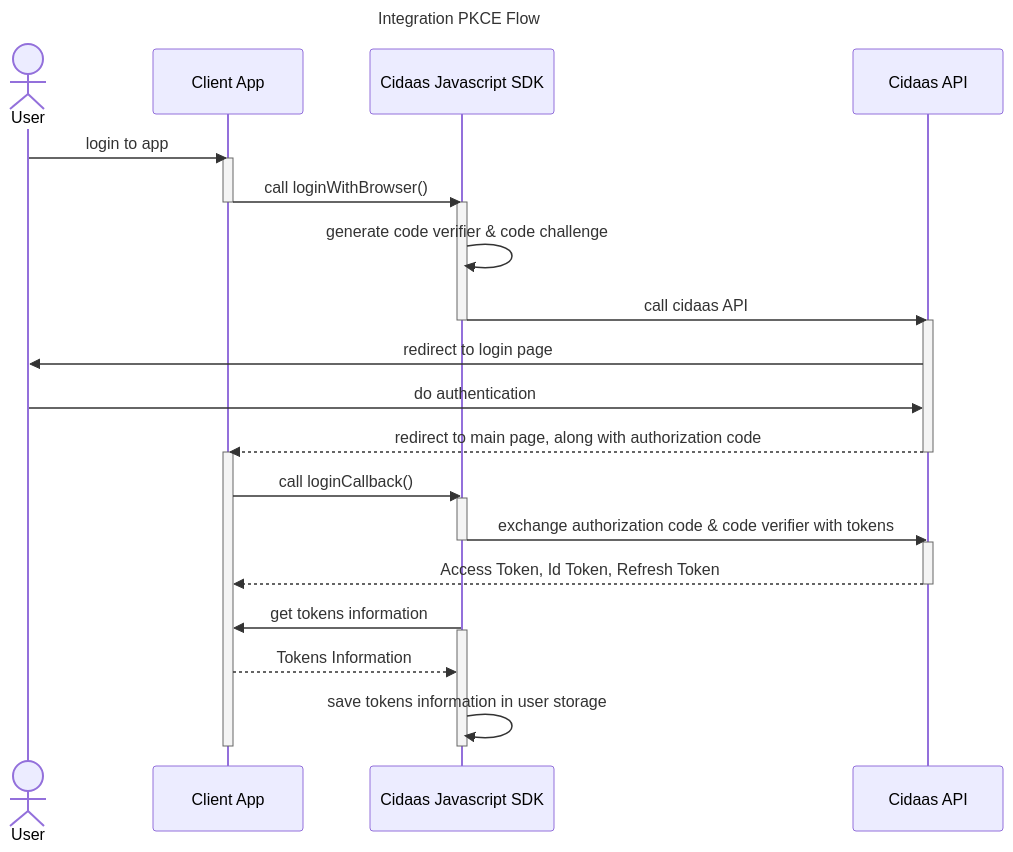
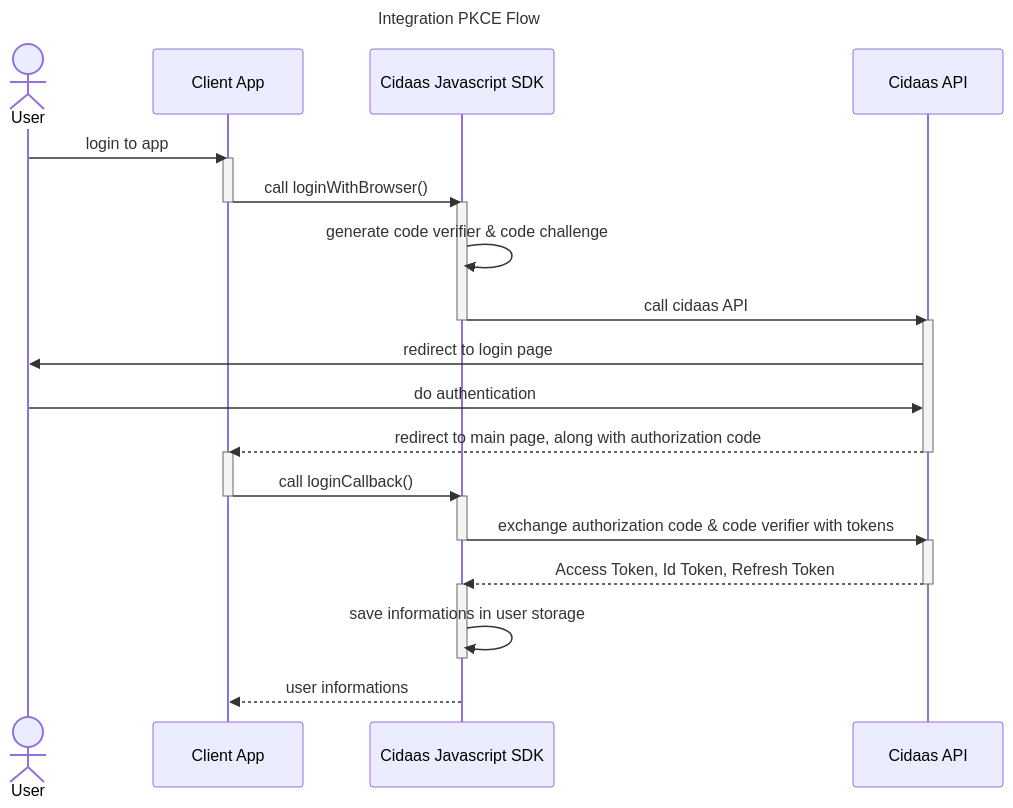
Before and after one commit to cidaas/cidaas-javascript-sdk: the diagram in overview/pkce-flow.md, drawn with Mermaid. The commit also changed 5 other files, not shown here.

````diff
--- a/overview/pkce-flow.md
+++ b/overview/pkce-flow.md
@@ -9,47 +9,46 @@
 ```mermaid
 ---
 title: Integration PKCE Flow
 ---
 sequenceDiagram
   Actor User
   participant ClientApp as Client App
   participant CidaasSDK as Cidaas Javascript SDK
   participant CidaasAPI as Cidaas API
 
 User ->> ClientApp: login to app
 
 activate ClientApp
 ClientApp ->> CidaasSDK: call loginWithBrowser()
 deactivate ClientApp
 
 activate CidaasSDK
 CidaasSDK ->> CidaasSDK: generate code verifier & code challenge
 CidaasSDK ->> CidaasAPI: call cidaas API
 deactivate CidaasSDK
 
 activate CidaasAPI
 CidaasAPI ->> User: redirect to login page
 User ->> CidaasAPI: do authentication
 CidaasAPI -->> ClientApp: redirect to main page, along with authorization code
 deactivate CidaasAPI
 
 activate ClientApp
 ClientApp ->> CidaasSDK: call loginCallback()
+deactivate ClientApp
 
 activate CidaasSDK
 CidaasSDK ->> CidaasAPI: exchange authorization code & code verifier with tokens
 deactivate CidaasSDK
 
 activate CidaasAPI
-CidaasAPI -->> ClientApp: Access Token, Id Token, Refresh Token
+CidaasAPI -->> CidaasSDK: Access Token, Id Token, Refresh Token
 deactivate CidaasAPI
 
-CidaasSDK ->> ClientApp: get tokens information
-
 activate CidaasSDK
-ClientApp -->> CidaasSDK: Tokens Information
-CidaasSDK ->> CidaasSDK: save tokens information in user storage
+CidaasSDK ->> CidaasSDK: save informations in user storage
 deactivate CidaasSDK
 
-deactivate ClientApp
+CidaasSDK -->> ClientApp: user informations
+
 ```
````
